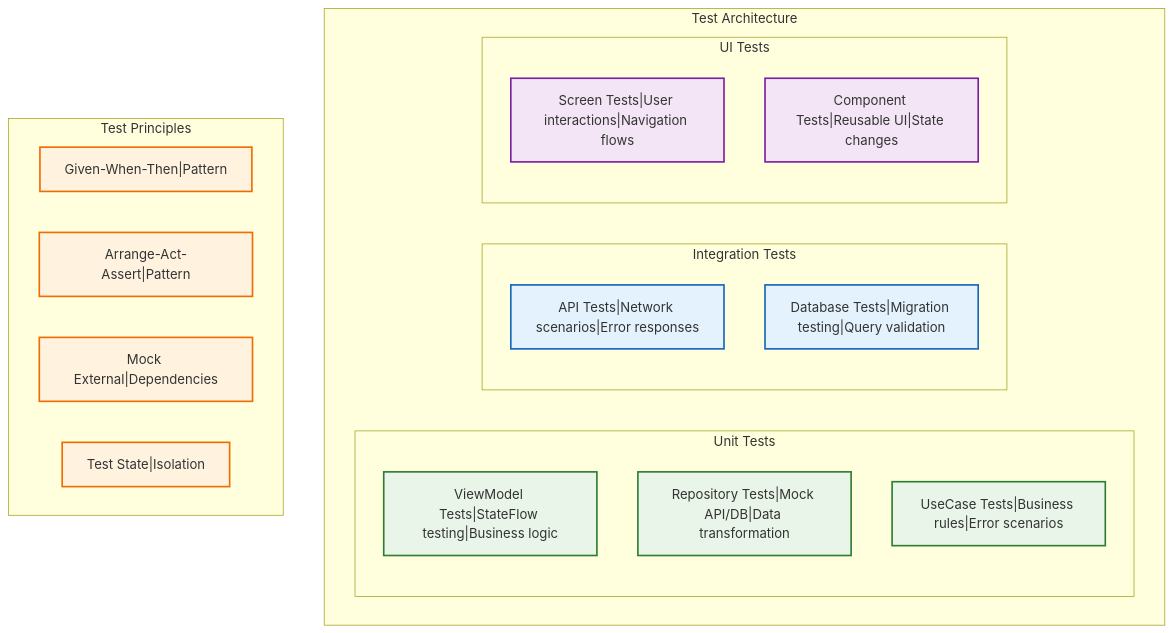
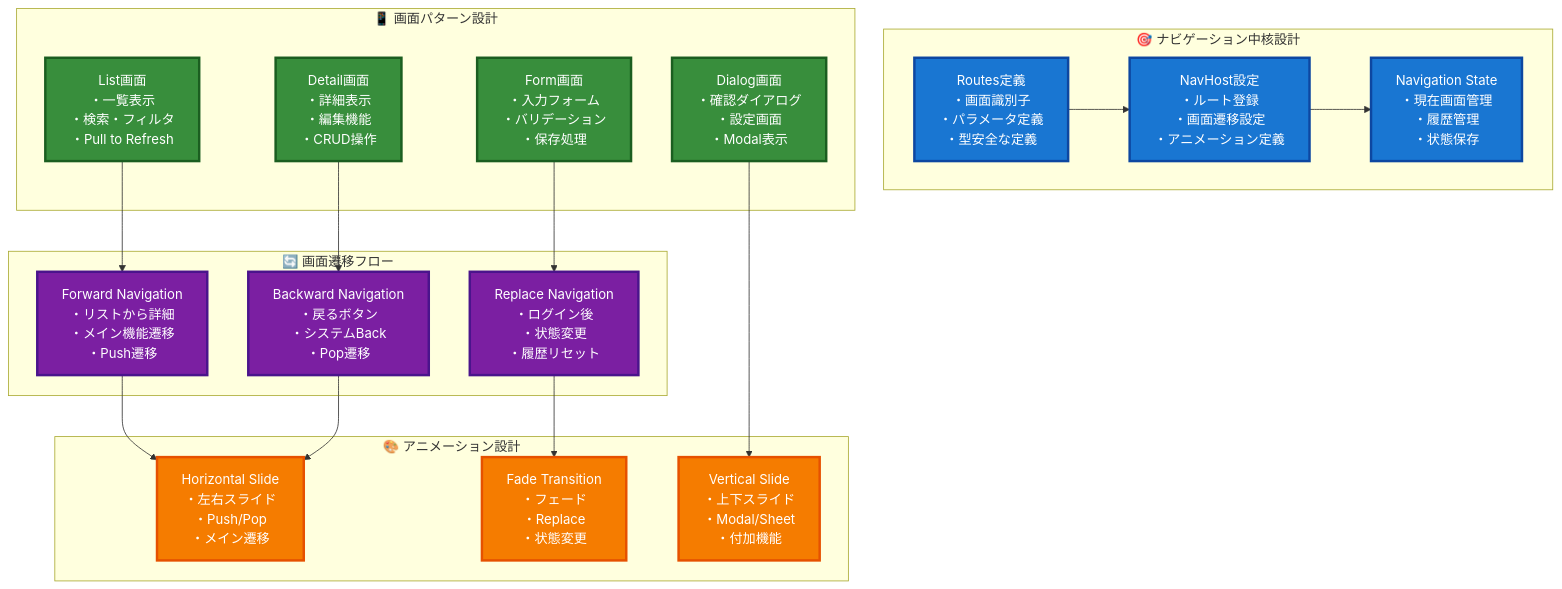
Before and after one commit to shimanukims/android-base: the sixth of 7 diagrams in ARCHITECTURE_GUIDE.md, drawn with Mermaid. The commit also changed other lines of this file and 10 other files, not shown here.

````diff
--- a/ARCHITECTURE_GUIDE.md
+++ b/ARCHITECTURE_GUIDE.md
@@ -441,39 +471,51 @@
 ```mermaid
-graph TB
-    subgraph TestArchitecture ["Test Architecture"]
-        
-        subgraph UnitTests ["Unit Tests"]
-            A["ViewModel Tests|StateFlow testing|Business logic"]
-            B["Repository Tests|Mock API/DB|Data transformation"]
-            C["UseCase Tests|Business rules|Error scenarios"]
-        end
-        
-        subgraph IntegrationTests ["Integration Tests"]
-            D["API Tests|Network scenarios|Error responses"]
-            E["Database Tests|Migration testing|Query validation"]
-        end
-        
-        subgraph UITests ["UI Tests"]
-            F["Screen Tests|User interactions|Navigation flows"]
-            G["Component Tests|Reusable UI|State changes"]
-        end
+flowchart TB
+    subgraph NavigationCore ["🎯 ナビゲーション中核設計"]
+        A["Routes定義<br/>・画面識別子<br/>・パラメータ定義<br/>・型安全な定義"]
+        B["NavHost設定<br/>・ルート登録<br/>・画面遷移設定<br/>・アニメーション定義"]
+        C["Navigation State<br/>・現在画面管理<br/>・履歴管理<br/>・状態保存"]
     end
     
-    subgraph TestPrinciples ["Test Principles"]
-        H["Given-When-Then|Pattern"]
-        I["Arrange-Act-Assert|Pattern"]
-        J["Mock External|Dependencies"]
-        K["Test State|Isolation"]
+    subgraph ScreenPattern ["📱 画面パターン設計"]
+        D["List画面<br/>・一覧表示<br/>・検索・フィルタ<br/>・Pull to Refresh"]
+        E["Detail画面<br/>・詳細表示<br/>・編集機能<br/>・CRUD操作"]
+        F["Form画面<br/>・入力フォーム<br/>・バリデーション<br/>・保存処理"]
+        G["Dialog画面<br/>・確認ダイアログ<br/>・設定画面<br/>・Modal表示"]
     end
     
-    %% スタイリング
-    classDef unitTestStyle fill:#e8f5e8,stroke:#2e7d32,stroke-width:2px
-    classDef integrationTestStyle fill:#e3f2fd,stroke:#1565c0,stroke-width:2px
-    classDef uiTestStyle fill:#f3e5f5,stroke:#7b1fa2,stroke-width:2px
-    classDef principleStyle fill:#fff3e0,stroke:#ef6c00,stroke-width:2px
+    subgraph NavigationFlow ["🔄 画面遷移フロー"]
+        H["Forward Navigation<br/>・リストから詳細<br/>・メイン機能遷移<br/>・Push遷移"]
+        I["Backward Navigation<br/>・戻るボタン<br/>・システムBack<br/>・Pop遷移"]
+        J["Replace Navigation<br/>・ログイン後<br/>・状態変更<br/>・履歴リセット"]
+    end
     
-    class A,B,C unitTestStyle
-    class D,E integrationTestStyle
-    class F,G uiTestStyle
-    class H,I,J,K principleStyle
+    subgraph AnimationDesign ["🎨 アニメーション設計"]
+        K["Horizontal Slide<br/>・左右スライド<br/>・Push/Pop<br/>・メイン遷移"]
+        L["Vertical Slide<br/>・上下スライド<br/>・Modal/Sheet<br/>・付加機能"]
+        M["Fade Transition<br/>・フェード<br/>・Replace<br/>・状態変更"]
+    end
+    
+    %% データフロー定義
+    A --> B
+    B --> C
+    
+    D --> H
+    E --> I
+    F --> J
+    G --> L
+    
+    H --> K
+    I --> K
+    J --> M
+    
+    %% スタイリング - VSCode対応
+    classDef coreStyle fill:#1976d2,stroke:#0d47a1,stroke-width:3px,color:#ffffff
+    classDef screenStyle fill:#388e3c,stroke:#1b5e20,stroke-width:3px,color:#ffffff
+    classDef flowStyle fill:#7b1fa2,stroke:#4a148c,stroke-width:3px,color:#ffffff
+    classDef animationStyle fill:#f57c00,stroke:#e65100,stroke-width:3px,color:#ffffff
+    
+    class A,B,C coreStyle
+    class D,E,F,G screenStyle
+    class H,I,J flowStyle
+    class K,L,M animationStyle
 ```
````
